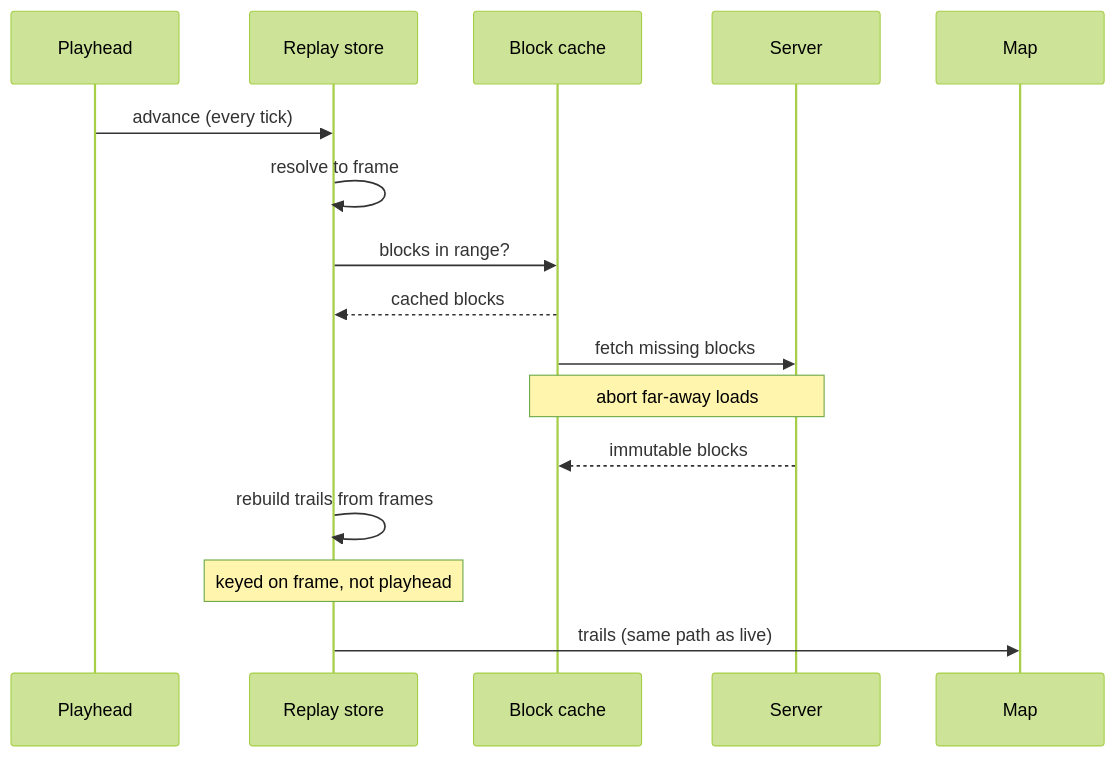
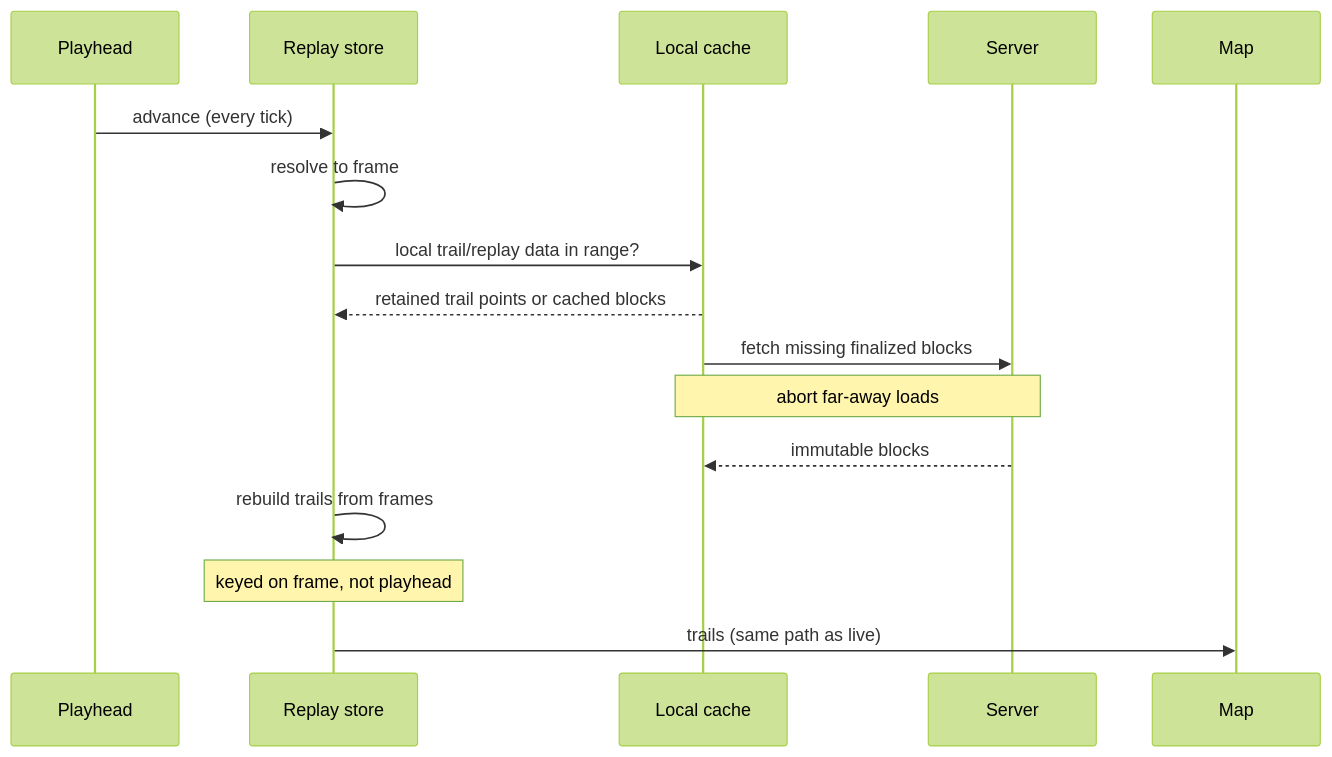
The diagram in docs/frontend/trails-replay.md (Ident-1090/Ident), drawn with Mermaid (forest theme) before and after one commit. The commit also changed other lines of this file and 18 other files, not shown here.

Commit message:
Add partitioned replay cache

````diff
--- a/docs/frontend/trails-replay.md
+++ b/docs/frontend/trails-replay.md
@@ -78,18 +83,18 @@
 ```mermaid
 sequenceDiagram
   participant P as Playhead
   participant R as Replay store
-  participant C as Block cache
+  participant C as Local cache
   participant S as Server
   participant M as Map
   P->>R: advance (every tick)
   R->>R: resolve to frame
-  R->>C: blocks in range?
-  C-->>R: cached blocks
-  C->>S: fetch missing blocks
+  R->>C: local trail/replay data in range?
+  C-->>R: retained trail points or cached blocks
+  C->>S: fetch missing finalized blocks
   Note over C,S: abort far-away loads
   S-->>C: immutable blocks
   R->>R: rebuild trails from frames
   Note over R: keyed on frame, not playhead
   R->>M: trails (same path as live)
 ```
````
